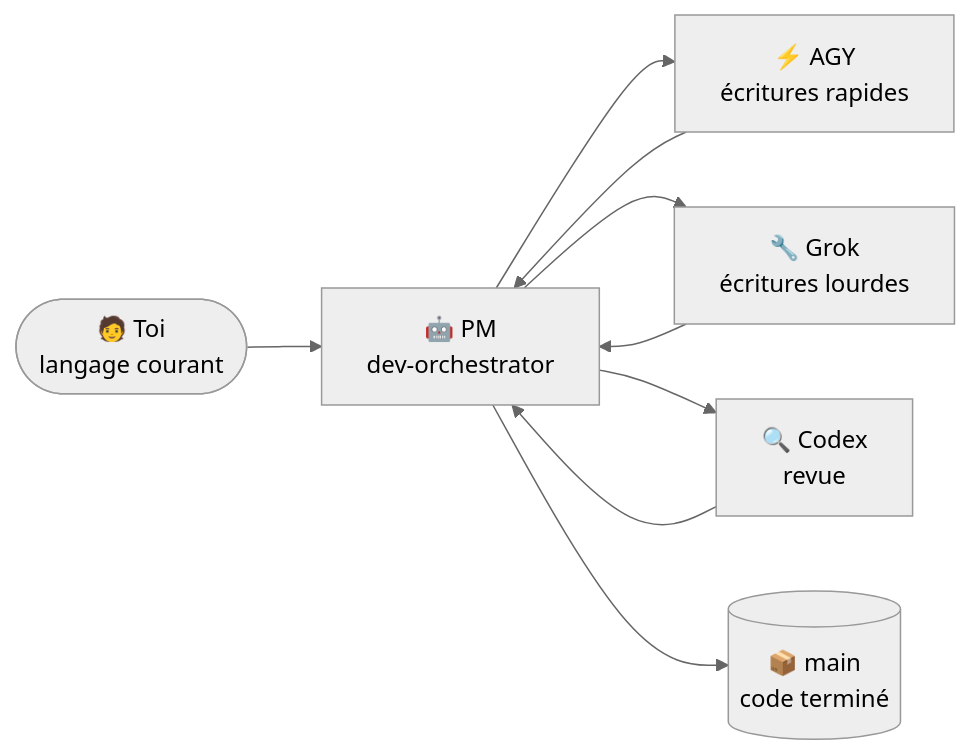
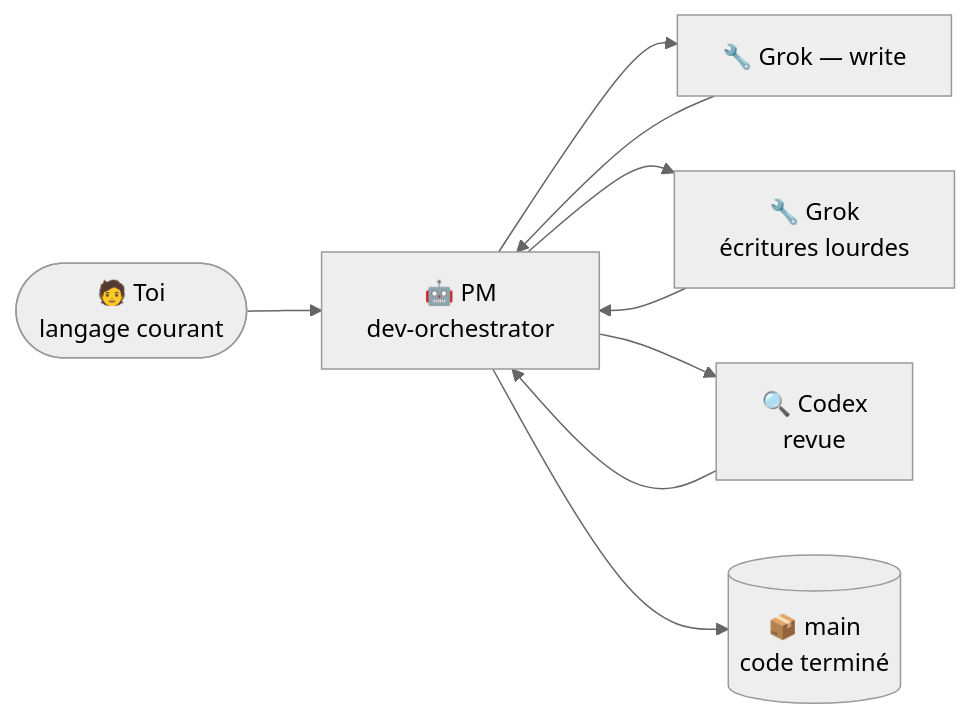
One commit to VKirill/claude-lane-stack changed the diagram in docs/BEGINNER.fr.md. Above: the diagram before and after it, drawn with Mermaid (neutral theme). The commit also changed other lines of this file and 57 other files, not shown here.

First line of the commit message:
feat(lanes): Grok-only write + progressive MODE defaults

````diff
--- a/docs/BEGINNER.fr.md
+++ b/docs/BEGINNER.fr.md
@@ -20,11 +20,11 @@
 ```mermaid
 flowchart LR
     You(["🧑 Toi<br/>langage courant"]) --> PM["🤖 PM<br/>dev-orchestrator"]
-    PM --> W1["⚡ AGY<br/>écritures rapides"]
+    PM --> W1["🔧 Grok — write"]
     PM --> W2["🔧 Grok<br/>écritures lourdes"]
     PM --> W3["🔍 Codex<br/>revue"]
     W1 --> PM
     W2 --> PM
     W3 --> PM
     PM --> Main[("📦 main<br/>code terminé")]
 ```
````
